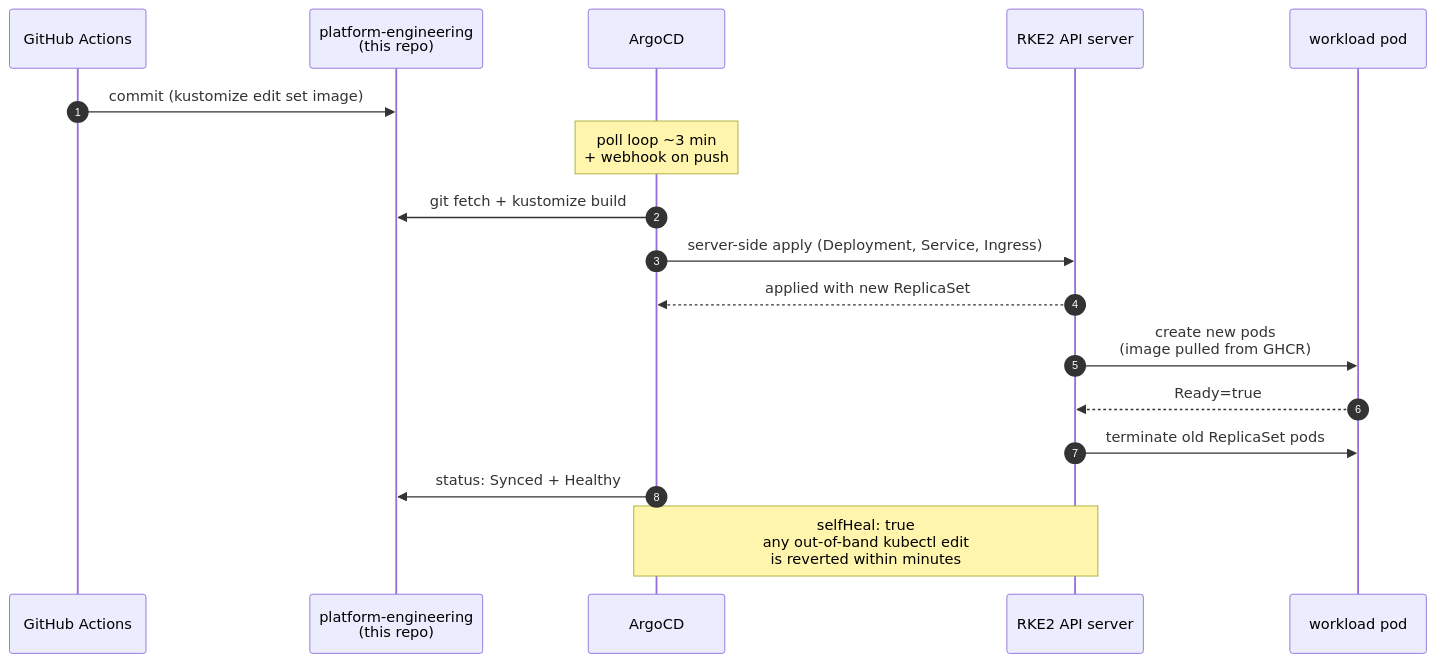
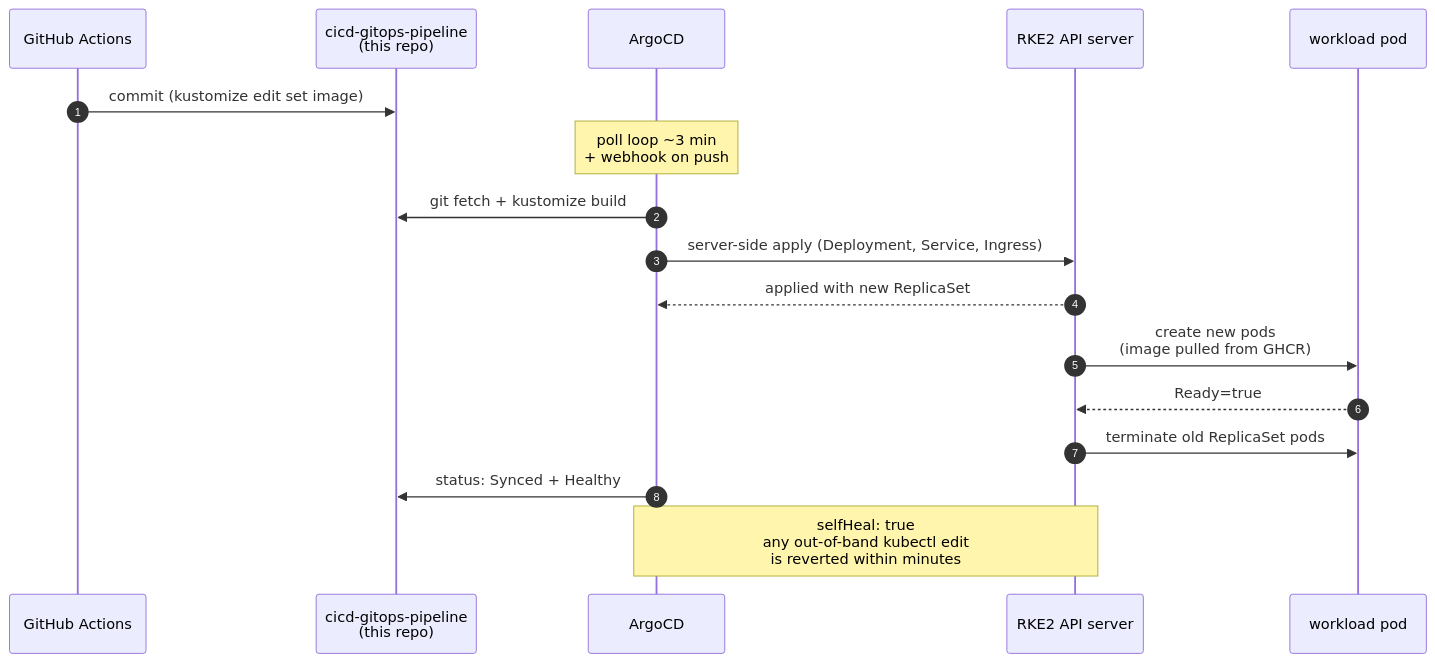
One commit to alexmchughdev/cicd-gitops-pipeline changed the diagram in docs/diagrams/diagram-gitops-flow.mmd. Above: the diagram before and after it, drawn with Mermaid. The commit also changed 8 other files, not shown here.

First line of the commit message:
docs: update repo references after rename to cicd-gitops-pipeline

```diff
--- a/docs/diagrams/diagram-gitops-flow.mmd
+++ b/docs/diagrams/diagram-gitops-flow.mmd
@@ -1,20 +1,20 @@
 sequenceDiagram
   autonumber
   participant CI as GitHub Actions
-  participant Repo as platform-engineering<br/>(this repo)
+  participant Repo as cicd-gitops-pipeline<br/>(this repo)
   participant Argo as ArgoCD
   participant K8s as RKE2 API server
   participant Pod as workload pod
 
   CI->>Repo: commit (kustomize edit set image)
   Note over Argo: poll loop ~3 min<br/>+ webhook on push
 
   Argo->>Repo: git fetch + kustomize build
   Argo->>K8s: server-side apply (Deployment, Service, Ingress)
   K8s-->>Argo: applied with new ReplicaSet
   K8s->>Pod: create new pods<br/>(image pulled from GHCR)
   Pod-->>K8s: Ready=true
   K8s->>Pod: terminate old ReplicaSet pods
   Argo->>Repo: status: Synced + Healthy
 
   Note over Argo,K8s: selfHeal: true<br/>any out-of-band kubectl edit<br/>is reverted within minutes
```
